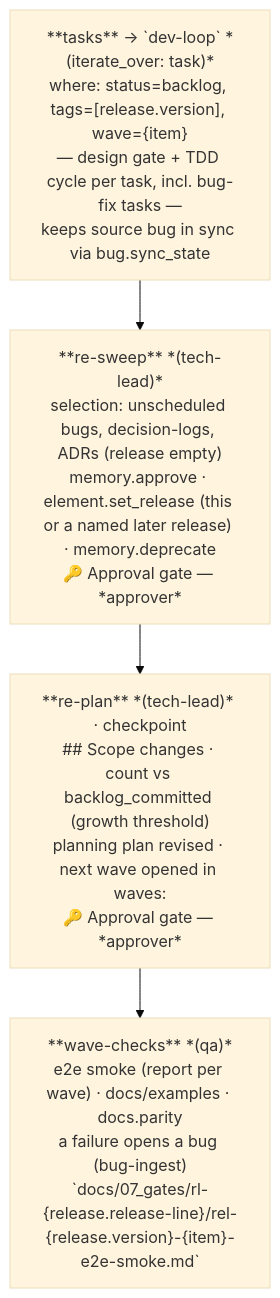
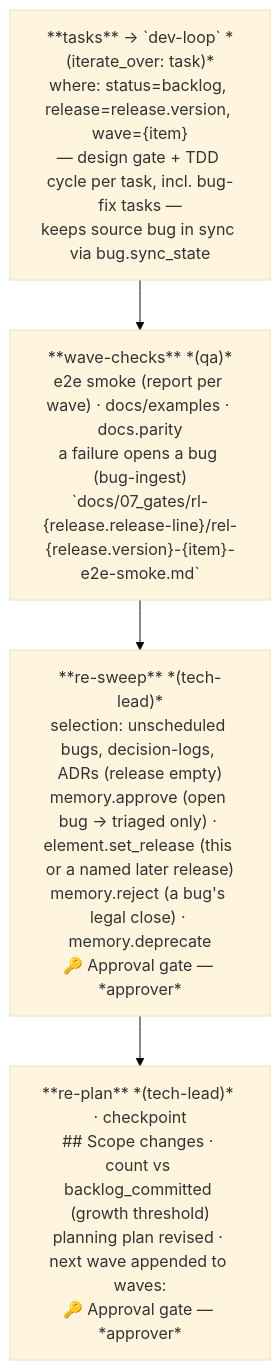
Before and after one commit to wingfoil/wingfoil: the ninth of 29 diagrams in .wingfoil/WORKFLOW.md, drawn with Mermaid (base theme). The commit also changed other lines of this file and 8 other files, not shown here.

First line of the commit message:
fix(workflow): task-230 — review F1–F3, F5, F7: absent waves undecided, per-release wave tasks, concurrent waves stated, checks before the re-sweep

````diff
--- a/.wingfoil/WORKFLOW.md
+++ b/.wingfoil/WORKFLOW.md
@@ -235,9 +238,9 @@
 ```mermaid
 flowchart TD
-    WT["**tasks** → `dev-loop` *(iterate_over: task)*\nwhere: status=backlog, tags=[release.version], wave={item}\n— design gate + TDD cycle per task, incl. bug-fix tasks —\nkeeps source bug in sync via bug.sync_state"]
-    WS["**re-sweep** *(tech-lead)*\nselection: unscheduled bugs, decision-logs, ADRs (release empty)\nmemory.approve · element.set_release (this or a named later release) · memory.deprecate\n🔑 Approval gate — *approver*"]
-    WP["**re-plan** *(tech-lead)* · checkpoint\n## Scope changes · count vs backlog_committed (growth threshold)\nplanning plan revised · next wave opened in waves:\n🔑 Approval gate — *approver*"]
+    WT["**tasks** → `dev-loop` *(iterate_over: task)*\nwhere: status=backlog, release=release.version, wave={item}\n— design gate + TDD cycle per task, incl. bug-fix tasks —\nkeeps source bug in sync via bug.sync_state"]
+    WS["**re-sweep** *(tech-lead)*\nselection: unscheduled bugs, decision-logs, ADRs (release empty)\nmemory.approve (open bug → triaged only) · element.set_release (this or a named later release)\nmemory.reject (a bug's legal close) · memory.deprecate\n🔑 Approval gate — *approver*"]
+    WP["**re-plan** *(tech-lead)* · checkpoint\n## Scope changes · count vs backlog_committed (growth threshold)\nplanning plan revised · next wave appended to waves:\n🔑 Approval gate — *approver*"]
     WC["**wave-checks** *(qa)*\ne2e smoke (report per wave) · docs/examples · docs.parity\na failure opens a bug (bug-ingest)\n`docs/07_gates/rl-{release.release-line}/rel-{release.version}-{item}-e2e-smoke.md`"]
 
-    WT --> WS --> WP --> WC
+    WT --> WC --> WS --> WP
 ```
````
